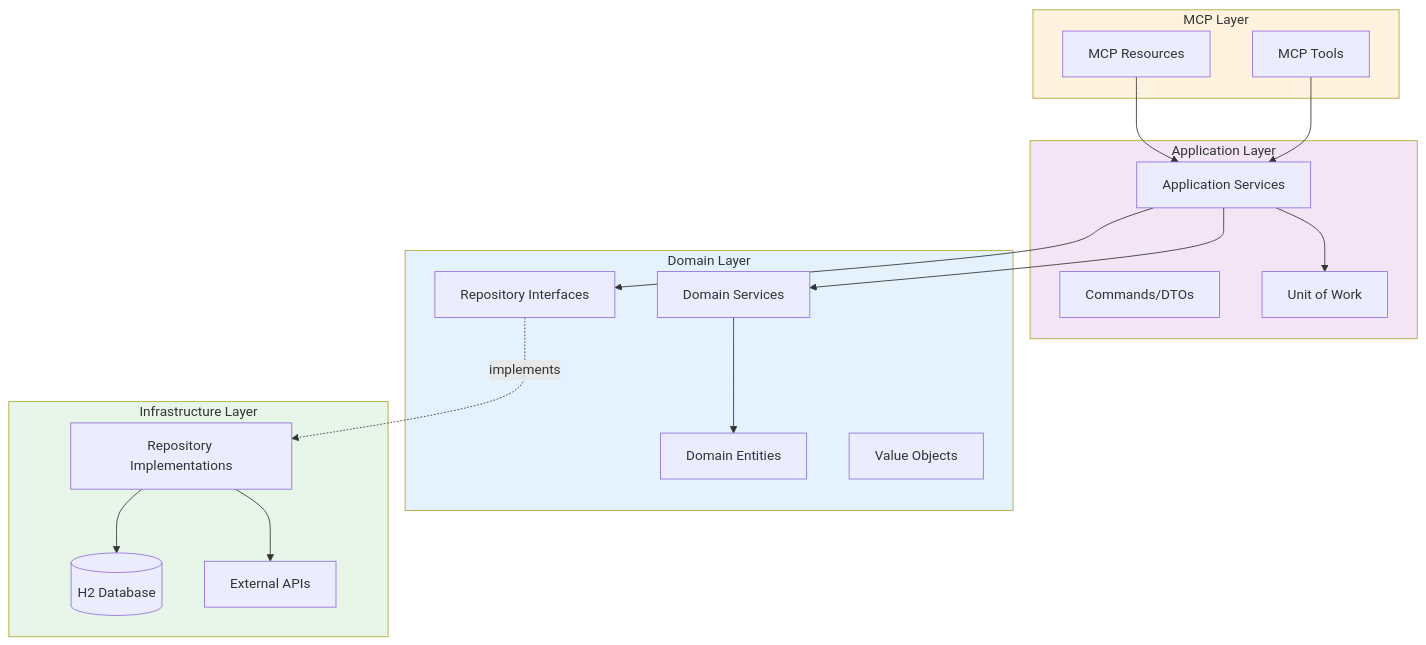
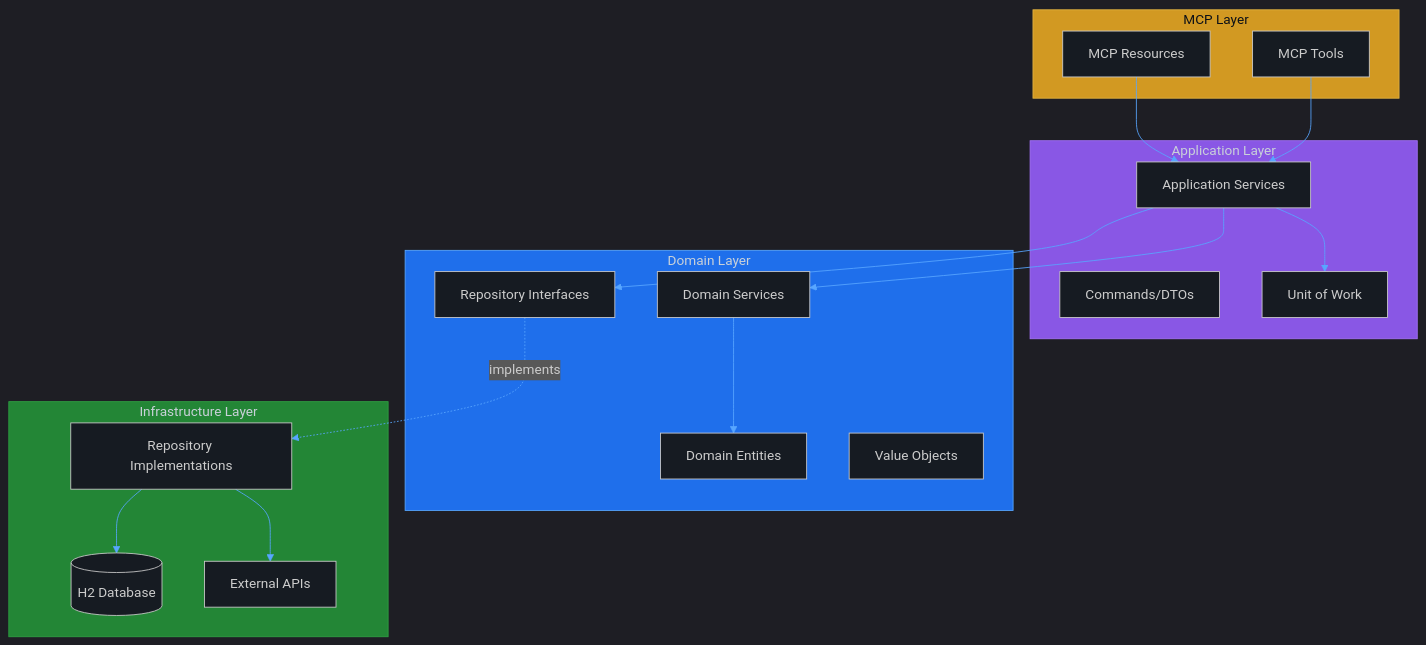
One commit to spiralhouse/cycletime changed the first of 3 diagrams in docs/architecture/overview.md. Above: the diagram before and after it, drawn with Mermaid. The commit also changed other lines of this file and 2 other files, not shown here.

First line of the commit message:
refactor(docs): optimize all Mermaid diagrams for dark mode (SPI-649)

````diff
--- a/docs/architecture/overview.md
+++ b/docs/architecture/overview.md
@@ -43,41 +43,42 @@
 ```mermaid
+%%{init: {'theme':'dark', 'themeVariables': {'darkMode':true, 'background':'#0d1117', 'mainBkg':'#161b22', 'secondBkg':'#21262d', 'lineColor':'#58a6ff', 'primaryColor':'#58a6ff', 'primaryTextColor':'#c9d1d9', 'primaryBorderColor':'#30363d'}}}%%
 graph TB
     subgraph MCP["MCP Layer"]
         Resources[MCP Resources]
         Tools[MCP Tools]
     end
 
     subgraph Application["Application Layer"]
         AppServices[Application Services]
         Commands[Commands/DTOs]
         UnitOfWork[Unit of Work]
     end
 
     subgraph Domain["Domain Layer"]
         Entities[Domain Entities]
         ValueObjects[Value Objects]
         RepoInterfaces[Repository Interfaces]
         DomainServices[Domain Services]
     end
 
     subgraph Infrastructure["Infrastructure Layer"]
         RepoImpl[Repository Implementations]
         Database[(H2 Database)]
         ExternalAPIs[External APIs]
     end
 
     Resources --> AppServices
     Tools --> AppServices
     AppServices --> DomainServices
     AppServices --> RepoInterfaces
     AppServices --> UnitOfWork
     DomainServices --> Entities
     RepoInterfaces -.implements.-> RepoImpl
     RepoImpl --> Database
     RepoImpl --> ExternalAPIs
 
-    style Domain fill:#E3F2FD
-    style Application fill:#F3E5F5
-    style Infrastructure fill:#E8F5E9
-    style MCP fill:#FFF3E0
+    style Domain fill:#1f6feb,stroke:#58a6ff,color:#c9d1d9
+    style Application fill:#8957e5,stroke:#a371f7,color:#c9d1d9
+    style Infrastructure fill:#238636,stroke:#2ea043,color:#c9d1d9
+    style MCP fill:#d29922,stroke:#e3b341,color:#0d1117
 ```
````
